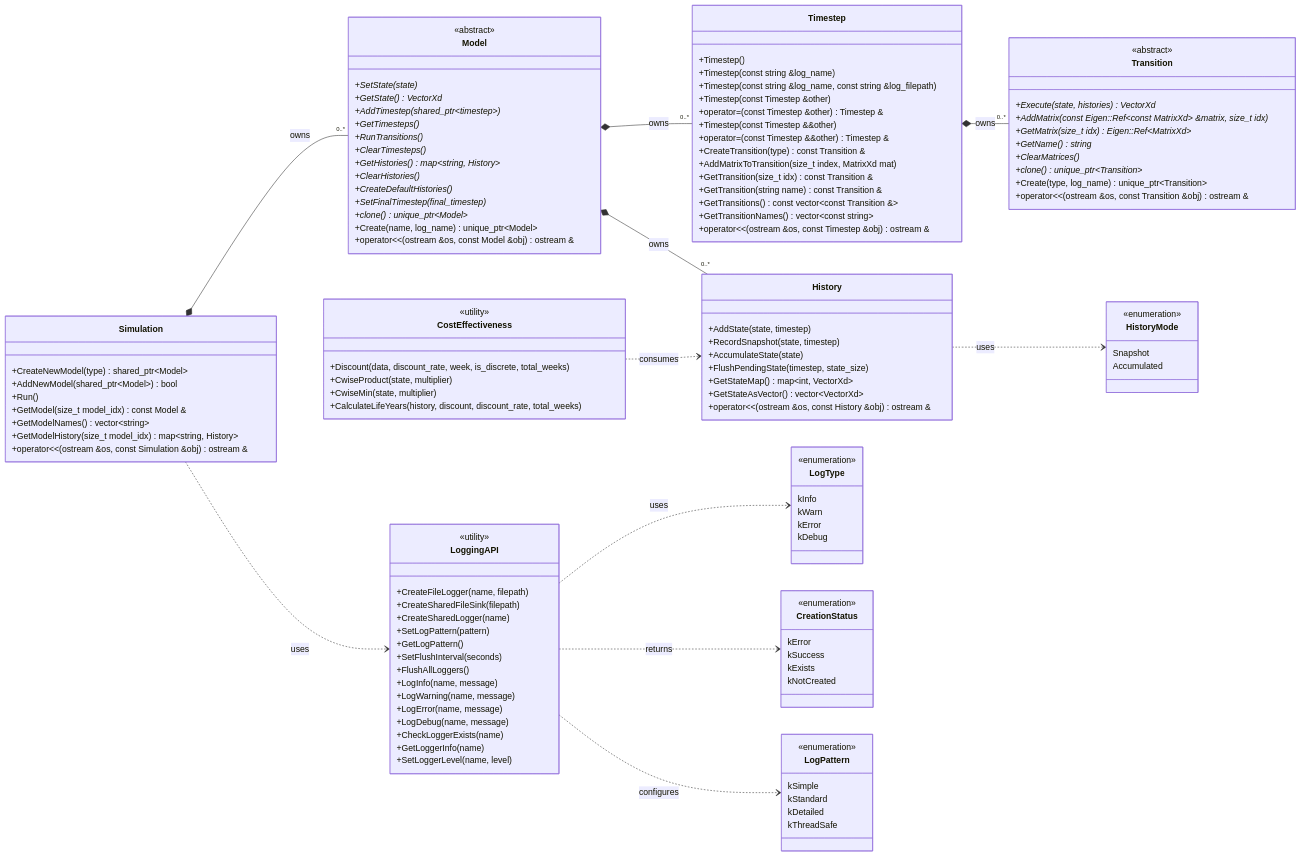
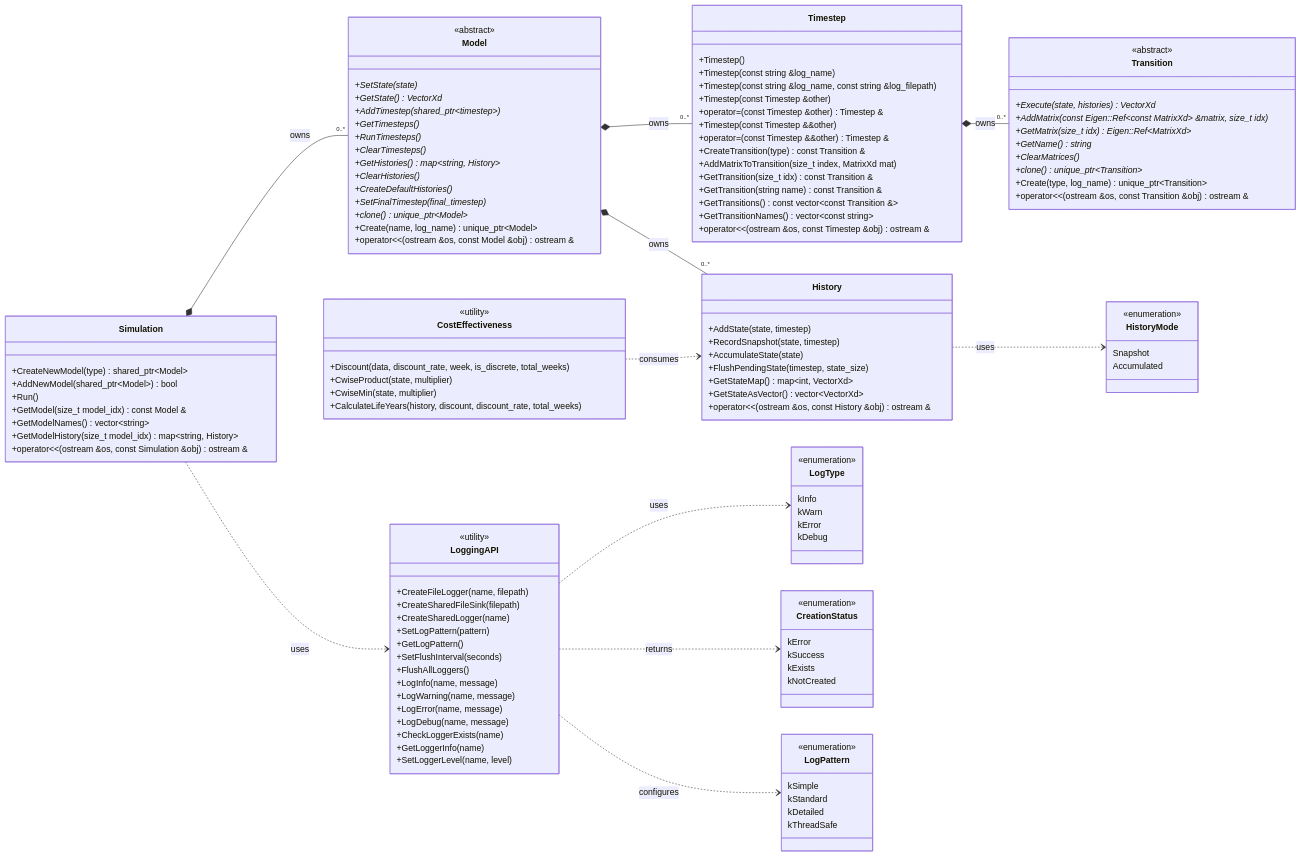
The first of 3 diagrams in docs/src/uml.md (SyndemicsLab/respond), drawn with Mermaid before and after one commit. The commit also changed 3 other files, not shown here.

```diff
--- a/docs/src/uml.md
+++ b/docs/src/uml.md
@@ -28,7 +28,7 @@
         +GetState() VectorXd *
         +AddTimestep(shared_ptr~timestep~) *
         +GetTimesteps() *
-        +RunTransitions() *
+        +RunTimesteps() *
         +ClearTimesteps() *
         +GetHistories() map~string, History~ *
         +ClearHistories() *
```
